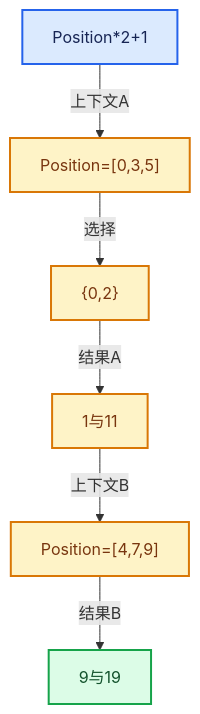
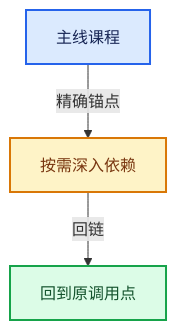
The second of 2 diagrams in 杂/markdown/全面学习-codex/08-Field表达式与求值/README.md (yunkezengren/blender-.vscode), drawn with Mermaid before and after one commit. The commit also changed other lines of this file and 1930 other files, not shown here.

````diff
--- a/杂/markdown/全面学习-codex/08-Field表达式与求值/README.md
+++ b/杂/markdown/全面学习-codex/08-Field表达式与求值/README.md
@@ -52,20 +43,14 @@
 ```mermaid
 flowchart TB
-  T0["Position*2+1"]:::input
-  T1["Position=[0,3,5]"]:::compute
-  T2["{0,2}"]:::compute
-  T3["1与11"]:::compute
-  T4["Position=[4,7,9]"]:::compute
-  T5["9与19"]:::result
-  T0 -->|"上下文A"| T1
-  T1 -->|"选择"| T2
-  T2 -->|"结果A"| T3
-  T3 -->|"上下文B"| T4
-  T4 -->|"结果B"| T5
+  P["主线课程"]:::input
+  D["按需深入依赖"]:::compute
+  R["回到原调用点"]:::result
+  P -->|"精确锚点"| D
+  D -->|"回链"| R
   classDef input fill:#DBEAFE,stroke:#2563EB,color:#172554,stroke-width:2px;
   classDef data fill:#CFFAFE,stroke:#0891B2,color:#164E63,stroke-width:2px;
   classDef abstraction fill:#EDE9FE,stroke:#7C3AED,color:#3B0764,stroke-width:2px;
   classDef compute fill:#FEF3C7,stroke:#D97706,color:#78350F,stroke-width:2px;
   classDef result fill:#DCFCE7,stroke:#16A34A,color:#14532D,stroke-width:2px;
   classDef error fill:#FEE2E2,stroke:#DC2626,color:#7F1D1D,stroke-width:2px;
 ```
````
